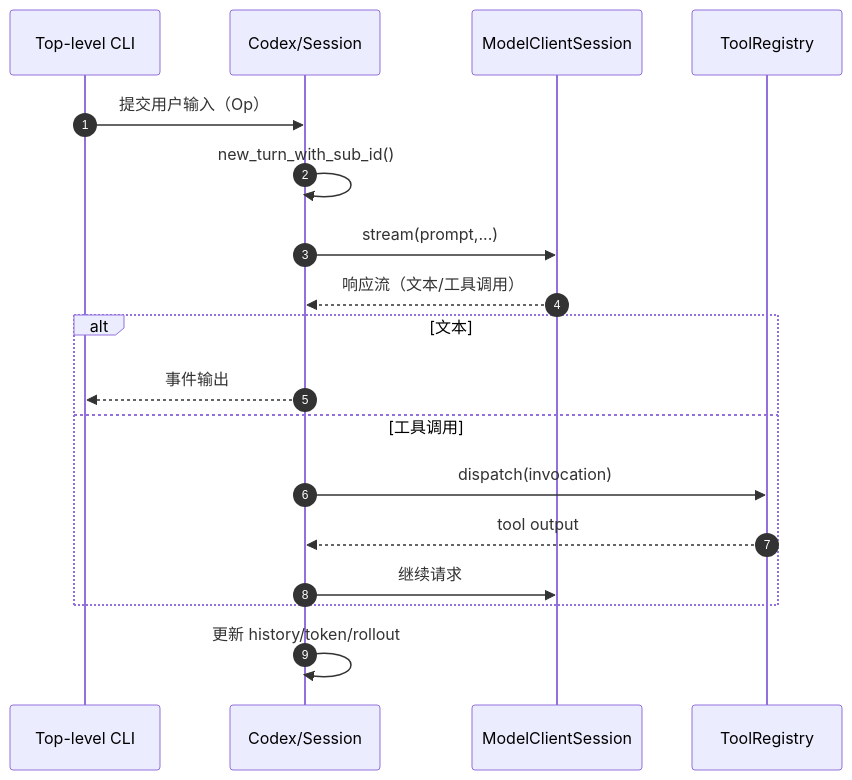
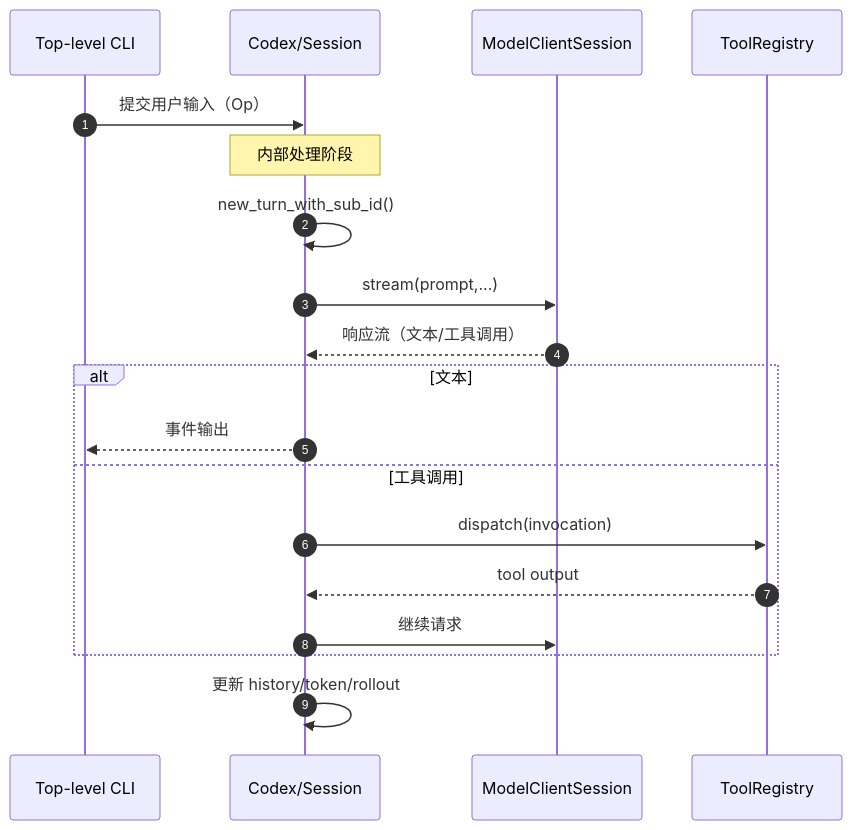
Before and after one commit to giraffe-tree/agent-base: the first of 9 diagrams in docs/codex/01-codex-overview.md, drawn with Mermaid. The commit also changed other lines of this file and 155 other files, not shown here.

````diff
--- a/docs/codex/01-codex-overview.md
+++ b/docs/codex/01-codex-overview.md
@@ -93,23 +112,24 @@
 ```mermaid
 sequenceDiagram
     autonumber
     participant CLI as Top-level CLI
     participant Core as Codex/Session
     participant Model as ModelClientSession
     participant Tools as ToolRegistry
 
     CLI->>Core: 提交用户输入（Op）
+    Note over Core: 内部处理阶段
     Core->>Core: new_turn_with_sub_id()
     Core->>Model: stream(prompt,...)
     Model-->>Core: 响应流（文本/工具调用）
 
     alt 文本
         Core-->>CLI: 事件输出
     else 工具调用
         Core->>Tools: dispatch(invocation)
         Tools-->>Core: tool output
         Core->>Model: 继续请求
     end
 
     Core->>Core: 更新 history/token/rollout
 ```
````
